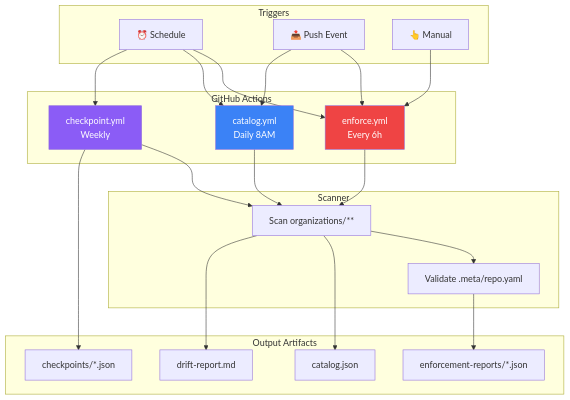
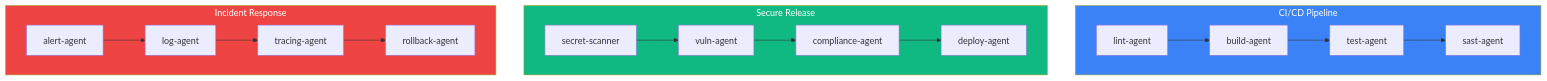
The third of 5 diagrams in docs/CODEMAP.md (alaweimm90/alaweimm90), drawn with Mermaid before and after one commit. The commit also changed other lines of this file and 148 other files, not shown here.

````diff
--- a/docs/CODEMAP.md
+++ b/docs/CODEMAP.md
@@ -130,42 +123,24 @@
 ```mermaid
-flowchart TB
-    subgraph Trigger["Triggers"]
-        schedule[⏰ Schedule]
-        push[📤 Push Event]
-        manual[👆 Manual]
+flowchart TD
+    subgraph CICD["CI/CD Pipeline"]
+        lint[lint-agent] --> build[build-agent]
+        build --> test[test-agent]
+        test --> security[sast-agent]
     end
 
-    subgraph Workflows["GitHub Actions"]
-        enforce[enforce.yml<br/>Every 6h]
-        catalog[catalog.yml<br/>Daily 8AM]
-        checkpoint[checkpoint.yml<br/>Weekly]
+    subgraph SecureRelease["Secure Release"]
+        scan[secret-scanner] --> vuln[vuln-agent]
+        vuln --> compliance[compliance-agent]
+        compliance --> deploy[deploy-agent]
     end
 
-    subgraph Scanner["Scanner"]
-        scan[Scan organizations/**]
-        validate[Validate .meta/repo.yaml]
+    subgraph Incident["Incident Response"]
+        detect[alert-agent] --> analyze[log-agent]
+        analyze --> trace[tracing-agent]
+        trace --> recover[rollback-agent]
     end
 
-    subgraph Output["Output Artifacts"]
-        enforcement[enforcement-reports/*.json]
-        catalogjson[catalog.json]
-        drift[drift-report.md]
-        checkpoints[checkpoints/*.json]
-    end
-
-    schedule --> enforce
-    schedule --> catalog
-    schedule --> checkpoint
-    push --> enforce
-    push --> catalog
-    manual --> enforce
-
-    enforce --> scan --> validate --> enforcement
-    catalog --> scan --> catalogjson
-    checkpoint --> scan --> drift
-    checkpoint --> checkpoints
-
-    style enforce fill:#EF4444,color:#fff
-    style catalog fill:#3B82F6,color:#fff
-    style checkpoint fill:#8B5CF6,color:#fff
+    style CICD fill:#3B82F6,color:#fff
+    style SecureRelease fill:#10B981,color:#fff
+    style Incident fill:#EF4444,color:#fff
 ```
````
